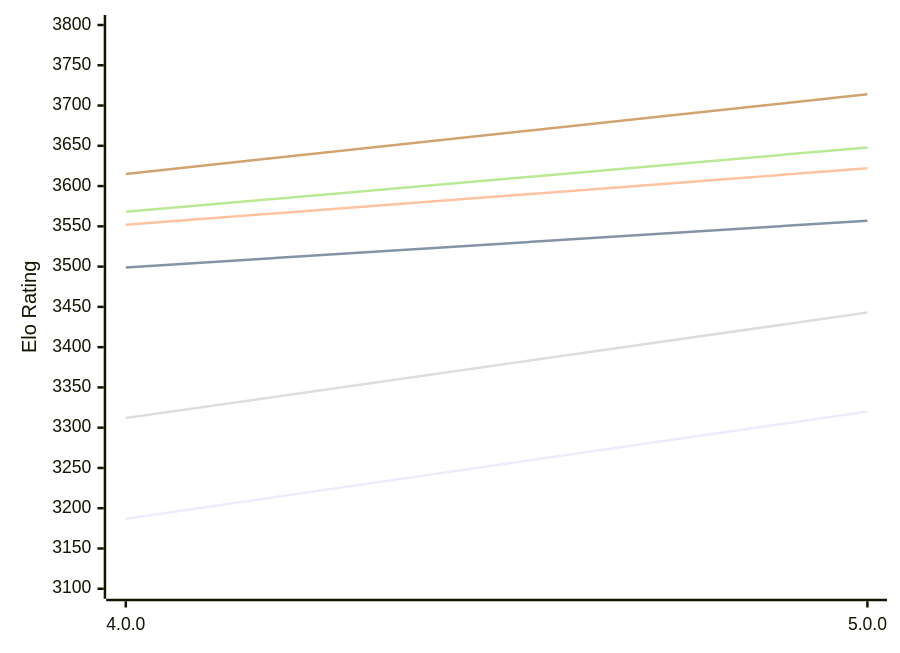
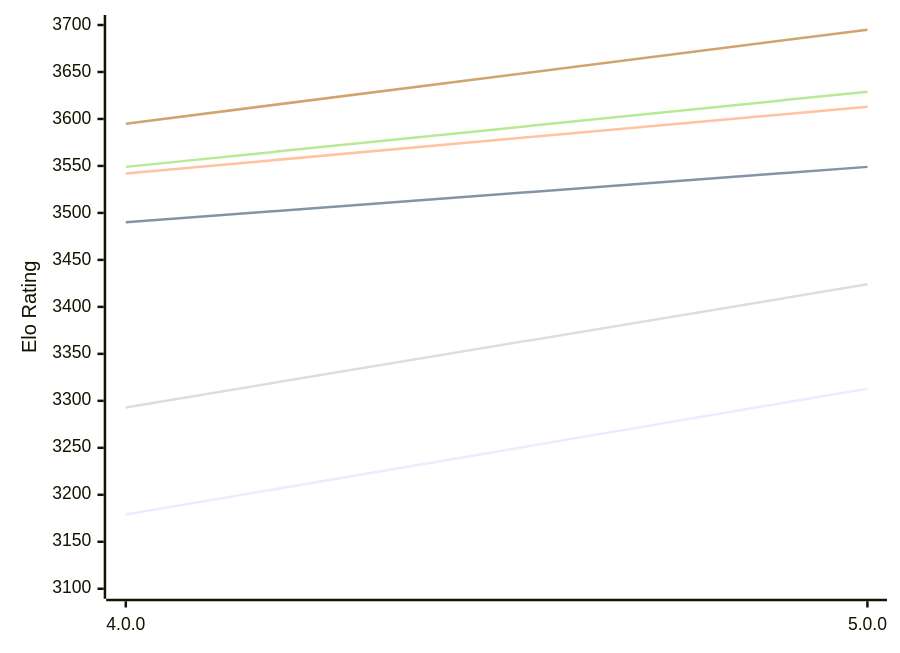
Before and after one commit to computer-chess-index/cci: the first of 2 diagrams in engines/Avalanche.md, drawn with Mermaid. The commit also changed other lines of this file, not shown here.

Commit message:
Update CCI Ratings (ELO VLTC) - 2026-11-02

````diff
--- a/engines/Avalanche.md
+++ b/engines/Avalanche.md
@@ -50,12 +50,12 @@
 ```mermaid
 %%{init: {"theme":"base","themeVariables":{"seriesColors:['#a3a3a3','#222221','#faa371']}}}%%
 xychart-beta
   x-axis ["4.0.0", "5.0.0"]
-  y-axis "Elo Rating" 3100 --> 3800
-  line "E1: STC (8.0+0.08s)" [3187, 3320]
-  line "E1: LTC (60.0+0.60s)" [3499, 3557]
-  line "E1: VLTC (2m24s+1.12s)" [3552, 3622]
-  line "P1: STC (8.0+0.08s)" [3312, 3443]
-  line "P1: LTC (60.0+0.60s)" [3568, 3648]
-  line "P1: VLTC (2m24s+1.12s)" [3615, 3714]
+  y-axis "Elo Rating" 3100 --> 3700
+  line "E1: STC (8.0+0.08s)" [3179, 3313]
+  line "E1: LTC (60.0+0.60s)" [3490, 3549]
+  line "E1: VLTC (2m24s+1.12s)" [3542, 3613]
+  line "P1: STC (8.0+0.08s)" [3293, 3424]
+  line "P1: LTC (60.0+0.60s)" [3549, 3629]
+  line "P1: VLTC (2m24s+1.12s)" [3595, 3695]
 ```
````
